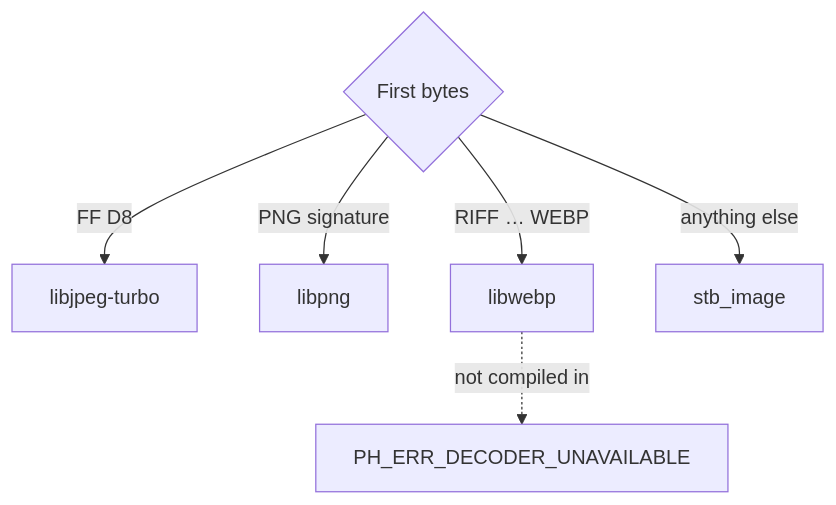
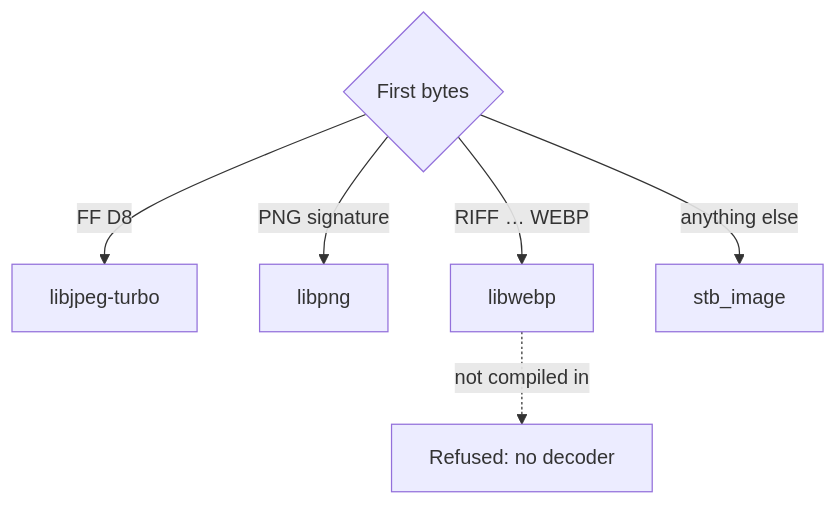
Before and after one commit to gudoshnikovn/libphash: the second of 2 diagrams in docs/theory/preparation.md, drawn with Mermaid.

Commit message:
docs(site): a decoder diagram label that fits its box
Mermaid sizes a node by a font other than the one the page renders, so the
error code's long name ran past its box. The node says what happens; the
paragraph under the diagram names the code.

````diff
--- a/docs/theory/preparation.md
+++ b/docs/theory/preparation.md
@@ -32,8 +32,8 @@
 ```mermaid
 flowchart TD
     M{First bytes} -->|FF D8| J[libjpeg-turbo]
     M -->|PNG signature| P[libpng]
     M -->|RIFF … WEBP| W[libwebp]
     M -->|anything else| S[stb_image]
-    W -.->|not compiled in| U[PH_ERR_DECODER_UNAVAILABLE]
+    W -.->|not compiled in| U[Refused: no decoder]
 ```
````
